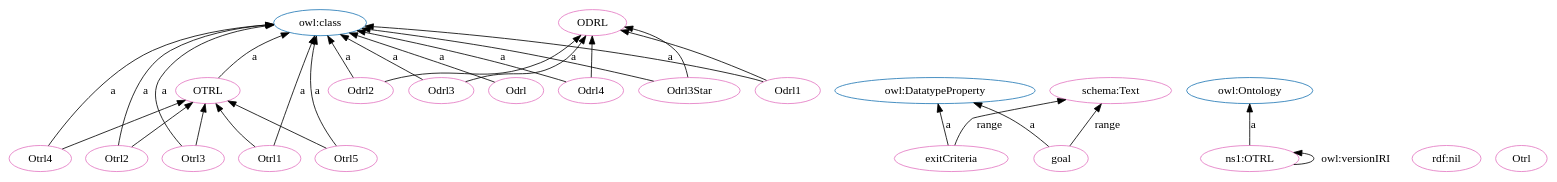
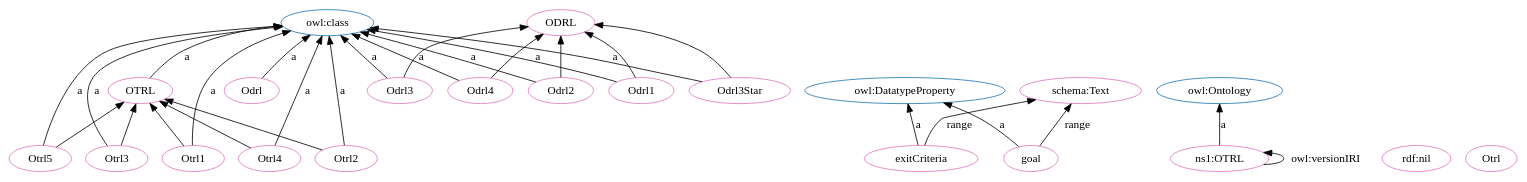
Before and after one commit to OPEN-NEXT/OKH-LOSH: the diagram in OTRL.dot, drawn with Graphviz. The commit also changed other lines of this file and 15 other files, not shown here.

```diff
--- a/OTRL.dot
+++ b/OTRL.dot
@@ -1,56 +1,56 @@
 digraph G {
   rankdir=BT
   node[height=.3]
-"http://purl.org/oseg/ontologies/OTRL#OTRL" [fillcolor="#1f77b4" color="#1f77b4" label="OTRL"]
-"http://www.w3.org/2002/07/owl#DatatypeProperty" [fillcolor="#1f77b4" color="#1f77b4" label="owl:DatatypeProperty"]
 "http://www.w3.org/2002/07/owl#class" [fillcolor="#1f77b4" color="#1f77b4" label="owl:class"]
 "http://purl.org/oseg/ontologies/OTRL#ODRL" [fillcolor="#1f77b4" color="#1f77b4" label="ODRL"]
+"http://www.w3.org/2002/07/owl#DatatypeProperty" [fillcolor="#1f77b4" color="#1f77b4" label="owl:DatatypeProperty"]
+"http://purl.org/oseg/ontologies/OTRL#OTRL" [fillcolor="#1f77b4" color="#1f77b4" label="OTRL"]
 "http://www.w3.org/2002/07/owl#Ontology" [fillcolor="#1f77b4" color="#1f77b4" label="owl:Ontology"]
+"http://purl.org/oseg/ontologies/OTRL#exitCriteria" [fillcolor="#e377c2" color="#e377c2" label="exitCriteria"]
+"http://purl.org/oseg/ontologies/OTRL#Odrl4" [fillcolor="#e377c2" color="#e377c2" label="Odrl4"]
+"http://www.w3.org/1999/02/22-rdf-syntax-ns#nil" [fillcolor="#e377c2" color="#e377c2" label="rdf:nil"]
+"http://purl.org/oseg/ontologies/OTRL#ODRL" [fillcolor="#e377c2" color="#e377c2" label="ODRL"]
+"http://purl.org/oseg/ontologies/OTRL#Otrl" [fillcolor="#e377c2" color="#e377c2" label="Otrl"]
+"http://purl.org/oseg/ontologies/OTRL#Odrl" [fillcolor="#e377c2" color="#e377c2" label="Odrl"]
+"http://purl.org/oseg/ontologies/OTRL#Otrl5" [fillcolor="#e377c2" color="#e377c2" label="Otrl5"]
+"http://purl.org/oseg/ontologies/OTRL#OTRL" [fillcolor="#e377c2" color="#e377c2" label="OTRL"]
+"http://purl.org/oseg/ontologies/OTRL#Odrl2" [fillcolor="#e377c2" color="#e377c2" label="Odrl2"]
+"http://purl.org/oseg/ontologies/OTRL#goal" [fillcolor="#e377c2" color="#e377c2" label="goal"]
+"http://purl.org/oseg/ontologies/OTRL#Otrl2" [fillcolor="#e377c2" color="#e377c2" label="Otrl2"]
 "http://schema.org/Text" [fillcolor="#e377c2" color="#e377c2" label="schema:Text"]
-"http://purl.org/oseg/ontologies/OTRL#OTRL" [fillcolor="#e377c2" color="#e377c2" label="OTRL"]
-"http://purl.org/oseg/ontologies/OTRL#exitCriteria" [fillcolor="#e377c2" color="#e377c2" label="exitCriteria"]
-"http://purl.org/oseg/ontologies/OTRL#Odrl" [fillcolor="#e377c2" color="#e377c2" label="Odrl"]
-"http://purl.org/oseg/ontologies/OTRL#ODRL" [fillcolor="#e377c2" color="#e377c2" label="ODRL"]
+"http://purl.org/oseg/ontologies/OTRL#Otrl1" [fillcolor="#e377c2" color="#e377c2" label="Otrl1"]
+"http://purl.org/oseg/ontologies/OTRL#Odrl3" [fillcolor="#e377c2" color="#e377c2" label="Odrl3"]
 "http://purl.org/oseg/ontologies/OTRL#Otrl3" [fillcolor="#e377c2" color="#e377c2" label="Otrl3"]
+"http://purl.org/oseg/ontologies/OTRL" [fillcolor="#e377c2" color="#e377c2" label="ns1:OTRL"]
+"http://purl.org/oseg/ontologies/OTRL#Odrl1" [fillcolor="#e377c2" color="#e377c2" label="Odrl1"]
+"http://purl.org/oseg/ontologies/OTRL#Otrl4" [fillcolor="#e377c2" color="#e377c2" label="Otrl4"]
 "http://purl.org/oseg/ontologies/OTRL#Odrl3Star" [fillcolor="#e377c2" color="#e377c2" label="Odrl3Star"]
-"http://purl.org/oseg/ontologies/OTRL#Otrl1" [fillcolor="#e377c2" color="#e377c2" label="Otrl1"]
-"http://purl.org/oseg/ontologies/OTRL#Otrl2" [fillcolor="#e377c2" color="#e377c2" label="Otrl2"]
-"http://purl.org/oseg/ontologies/OTRL#Odrl3" [fillcolor="#e377c2" color="#e377c2" label="Odrl3"]
-"http://www.w3.org/1999/02/22-rdf-syntax-ns#nil" [fillcolor="#e377c2" color="#e377c2" label="rdf:nil"]
-"http://purl.org/oseg/ontologies/OTRL#goal" [fillcolor="#e377c2" color="#e377c2" label="goal"]
-"http://purl.org/oseg/ontologies/OTRL#Otrl4" [fillcolor="#e377c2" color="#e377c2" label="Otrl4"]
-"http://purl.org/oseg/ontologies/OTRL#Odrl2" [fillcolor="#e377c2" color="#e377c2" label="Odrl2"]
-"http://purl.org/oseg/ontologies/OTRL#Otrl5" [fillcolor="#e377c2" color="#e377c2" label="Otrl5"]
-"http://purl.org/oseg/ontologies/OTRL" [fillcolor="#e377c2" color="#e377c2" label="ns1:OTRL"]
-"http://purl.org/oseg/ontologies/OTRL#Odrl4" [fillcolor="#e377c2" color="#e377c2" label="Odrl4"]
-"http://purl.org/oseg/ontologies/OTRL#Odrl1" [fillcolor="#e377c2" color="#e377c2" label="Odrl1"]
-"http://purl.org/oseg/ontologies/OTRL#Otrl" [fillcolor="#e377c2" color="#e377c2" label="Otrl"]
+  "http://purl.org/oseg/ontologies/OTRL#Odrl4" -> "http://www.w3.org/2002/07/owl#class" [label="a"]
+  "http://purl.org/oseg/ontologies/OTRL#Odrl2" -> "http://purl.org/oseg/ontologies/OTRL#ODRL" [label=""]
+  "http://purl.org/oseg/ontologies/OTRL#Odrl1" -> "http://purl.org/oseg/ontologies/OTRL#ODRL" [label=""]
+  "http://purl.org/oseg/ontologies/OTRL#Odrl3" -> "http://purl.org/oseg/ontologies/OTRL#ODRL" [label=""]
+  "http://purl.org/oseg/ontologies/OTRL#Odrl" -> "http://www.w3.org/2002/07/owl#class" [label="a"]
+  "http://purl.org/oseg/ontologies/OTRL#goal" -> "http://www.w3.org/2002/07/owl#DatatypeProperty" [label="a"]
+  "http://purl.org/oseg/ontologies/OTRL#Otrl5" -> "http://purl.org/oseg/ontologies/OTRL#OTRL" [label=""]
+  "http://purl.org/oseg/ontologies/OTRL#Odrl3Star" -> "http://purl.org/oseg/ontologies/OTRL#ODRL" [label=""]
+  "http://purl.org/oseg/ontologies/OTRL#Otrl4" -> "http://purl.org/oseg/ontologies/OTRL#OTRL" [label=""]
+  "http://purl.org/oseg/ontologies/OTRL" -> "http://www.w3.org/2002/07/owl#Ontology" [label="a"]
+  "http://purl.org/oseg/ontologies/OTRL" -> "http://purl.org/oseg/ontologies/OTRL" [label="owl:versionIRI"]
+  "http://purl.org/oseg/ontologies/OTRL#Otrl3" -> "http://purl.org/oseg/ontologies/OTRL#OTRL" [label=""]
+  "http://purl.org/oseg/ontologies/OTRL#exitCriteria" -> "http://schema.org/Text" [label="range"]
+  "http://purl.org/oseg/ontologies/OTRL#Odrl1" -> "http://www.w3.org/2002/07/owl#class" [label="a"]
+  "http://purl.org/oseg/ontologies/OTRL#Otrl4" -> "http://www.w3.org/2002/07/owl#class" [label="a"]
+  "http://purl.org/oseg/ontologies/OTRL#Odrl4" -> "http://purl.org/oseg/ontologies/OTRL#ODRL" [label=""]
+  "http://purl.org/oseg/ontologies/OTRL#Otrl2" -> "http://purl.org/oseg/ontologies/OTRL#OTRL" [label=""]
+  "http://purl.org/oseg/ontologies/OTRL#Odrl3Star" -> "http://www.w3.org/2002/07/owl#class" [label="a"]
   "http://purl.org/oseg/ontologies/OTRL#exitCriteria" -> "http://www.w3.org/2002/07/owl#DatatypeProperty" [label="a"]
-  "http://purl.org/oseg/ontologies/OTRL#Odrl" -> "http://www.w3.org/2002/07/owl#class" [label="a"]
-  "http://purl.org/oseg/ontologies/OTRL#Otrl3" -> "http://www.w3.org/2002/07/owl#class" [label="a"]
-  "http://purl.org/oseg/ontologies/OTRL#Odrl3Star" -> "http://www.w3.org/2002/07/owl#class" [label="a"]
-  "http://purl.org/oseg/ontologies/OTRL#Otrl1" -> "http://www.w3.org/2002/07/owl#class" [label="a"]
-  "http://purl.org/oseg/ontologies/OTRL#Otrl2" -> "http://www.w3.org/2002/07/owl#class" [label="a"]
-  "http://purl.org/oseg/ontologies/OTRL#Odrl3Star" -> "http://purl.org/oseg/ontologies/OTRL#ODRL" [label=""]
-  "http://purl.org/oseg/ontologies/OTRL#Odrl3" -> "http://www.w3.org/2002/07/owl#class" [label="a"]
-  "http://purl.org/oseg/ontologies/OTRL#Odrl3" -> "http://purl.org/oseg/ontologies/OTRL#ODRL" [label=""]
   "http://purl.org/oseg/ontologies/OTRL#Otrl5" -> "http://www.w3.org/2002/07/owl#class" [label="a"]
   "http://purl.org/oseg/ontologies/OTRL#OTRL" -> "http://www.w3.org/2002/07/owl#class" [label="a"]
-  "http://purl.org/oseg/ontologies/OTRL#Otrl5" -> "http://purl.org/oseg/ontologies/OTRL#OTRL" [label=""]
-  "http://purl.org/oseg/ontologies/OTRL#Odrl1" -> "http://purl.org/oseg/ontologies/OTRL#ODRL" [label=""]
-  "http://purl.org/oseg/ontologies/OTRL#Otrl2" -> "http://purl.org/oseg/ontologies/OTRL#OTRL" [label=""]
-  "http://purl.org/oseg/ontologies/OTRL#Odrl2" -> "http://purl.org/oseg/ontologies/OTRL#ODRL" [label=""]
-  "http://purl.org/oseg/ontologies/OTRL#exitCriteria" -> "http://schema.org/Text" [label="range"]
-  "http://purl.org/oseg/ontologies/OTRL#Otrl4" -> "http://purl.org/oseg/ontologies/OTRL#OTRL" [label=""]
+  "http://purl.org/oseg/ontologies/OTRL#Odrl2" -> "http://www.w3.org/2002/07/owl#class" [label="a"]
+  "http://purl.org/oseg/ontologies/OTRL#Otrl2" -> "http://www.w3.org/2002/07/owl#class" [label="a"]
   "http://purl.org/oseg/ontologies/OTRL#goal" -> "http://schema.org/Text" [label="range"]
-  "http://purl.org/oseg/ontologies/OTRL#Odrl4" -> "http://purl.org/oseg/ontologies/OTRL#ODRL" [label=""]
-  "http://purl.org/oseg/ontologies/OTRL#goal" -> "http://www.w3.org/2002/07/owl#DatatypeProperty" [label="a"]
-  "http://purl.org/oseg/ontologies/OTRL#Otrl4" -> "http://www.w3.org/2002/07/owl#class" [label="a"]
-  "http://purl.org/oseg/ontologies/OTRL#Odrl2" -> "http://www.w3.org/2002/07/owl#class" [label="a"]
-  "http://purl.org/oseg/ontologies/OTRL" -> "http://www.w3.org/2002/07/owl#Ontology" [label="a"]
-  "http://purl.org/oseg/ontologies/OTRL#Odrl4" -> "http://www.w3.org/2002/07/owl#class" [label="a"]
-  "http://purl.org/oseg/ontologies/OTRL#Odrl1" -> "http://www.w3.org/2002/07/owl#class" [label="a"]
-  "http://purl.org/oseg/ontologies/OTRL#Otrl3" -> "http://purl.org/oseg/ontologies/OTRL#OTRL" [label=""]
+  "http://purl.org/oseg/ontologies/OTRL#Otrl1" -> "http://www.w3.org/2002/07/owl#class" [label="a"]
+  "http://purl.org/oseg/ontologies/OTRL#Odrl3" -> "http://www.w3.org/2002/07/owl#class" [label="a"]
+  "http://purl.org/oseg/ontologies/OTRL#Otrl3" -> "http://www.w3.org/2002/07/owl#class" [label="a"]
   "http://purl.org/oseg/ontologies/OTRL#Otrl1" -> "http://purl.org/oseg/ontologies/OTRL#OTRL" [label=""]
-  "http://purl.org/oseg/ontologies/OTRL" -> "http://purl.org/oseg/ontologies/OTRL" [label="owl:versionIRI"]
 }
```
